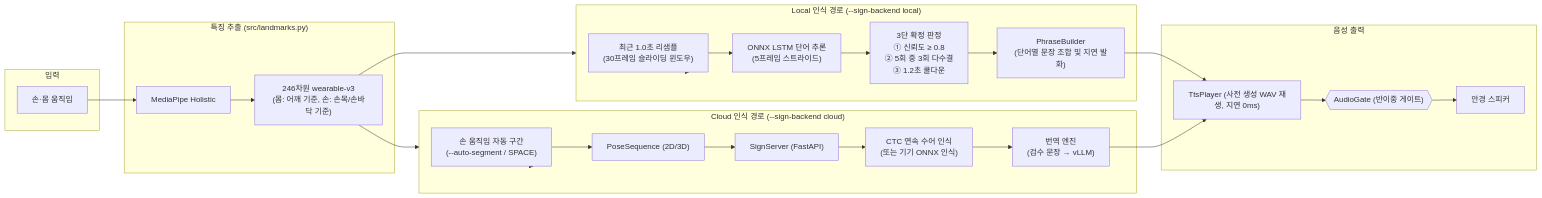
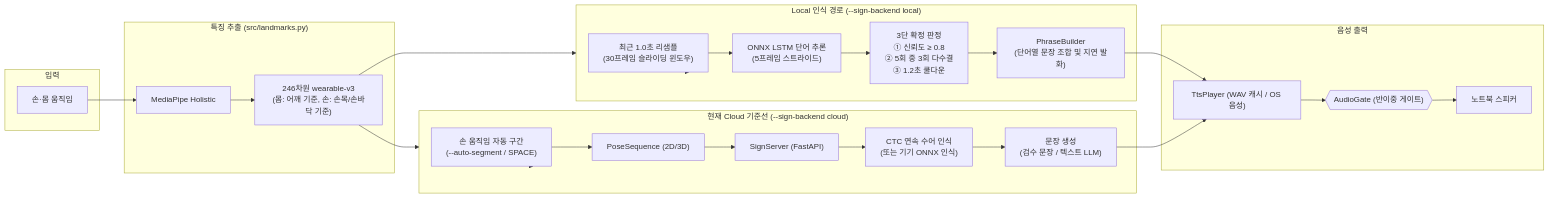
The second of 3 diagrams in README.md (vagus3/SignLanguageGlass), drawn with Mermaid before and after one commit. The commit also changed other lines of this file and 23 other files, not shown here.

````diff
--- a/README.md
+++ b/README.md
@@ -157,41 +181,41 @@
 ```mermaid
 flowchart LR
     subgraph Input["입력"]
         Hand["손·몸 움직임"]
     end
 
     subgraph Feature["특징 추출 (src/landmarks.py)"]
         MP["MediaPipe Holistic"]
         Extract["246차원 wearable-v3\n(몸: 어깨 기준, 손: 손목/손바닥 기준)"]
     end
 
     subgraph LocalPath["Local 인식 경로 (--sign-backend local)"]
         Window["최근 1.0초 리샘플\n(30프레임 슬라이딩 윈도우)"]
         ONNX["ONNX LSTM 단어 추론\n(5프레임 스트라이드)"]
         Latch["3단 확정 판정\n① 신뢰도 ≥ 0.8\n② 5회 중 3회 다수결\n③ 1.2초 쿨다운"]
         Builder["PhraseBuilder\n(단어열 문장 조합 및 지연 발화)"]
     end
 
-    subgraph CloudPath["Cloud 인식 경로 (--sign-backend cloud)"]
+    subgraph CloudPath["현재 Cloud 기준선 (--sign-backend cloud)"]
         AutoSeg["손 움직임 자동 구간\n(--auto-segment / SPACE)"]
         PoseSeq["PoseSequence (2D/3D)"]
         CloudSrv["SignServer (FastAPI)"]
         CTC["CTC 연속 수어 인식\n(또는 기기 ONNX 인식)"]
-        Trans["번역 엔진\n(검수 문장 → vLLM)"]
+        Trans["문장 생성\n(검수 문장 / 텍스트 LLM)"]
     end
 
     subgraph AudioOut["음성 출력"]
-        TTS["TtsPlayer (사전 생성 WAV 재생, 지연 0ms)"]
+        TTS["TtsPlayer (WAV 캐시 / OS 음성)"]
         Gate{{"AudioGate (반이중 게이트)"}}
-        Spk["안경 스피커"]
+        Spk["노트북 스피커"]
     end
 
     Hand --> MP --> Extract
     Extract --> LocalPath
     Extract --> CloudPath
 
     LocalPath --> Window --> ONNX --> Latch --> Builder --> TTS
     CloudPath --> AutoSeg --> PoseSeq --> CloudSrv --> CTC --> Trans --> TTS
 
     TTS --> Gate --> Spk
 ```
````
